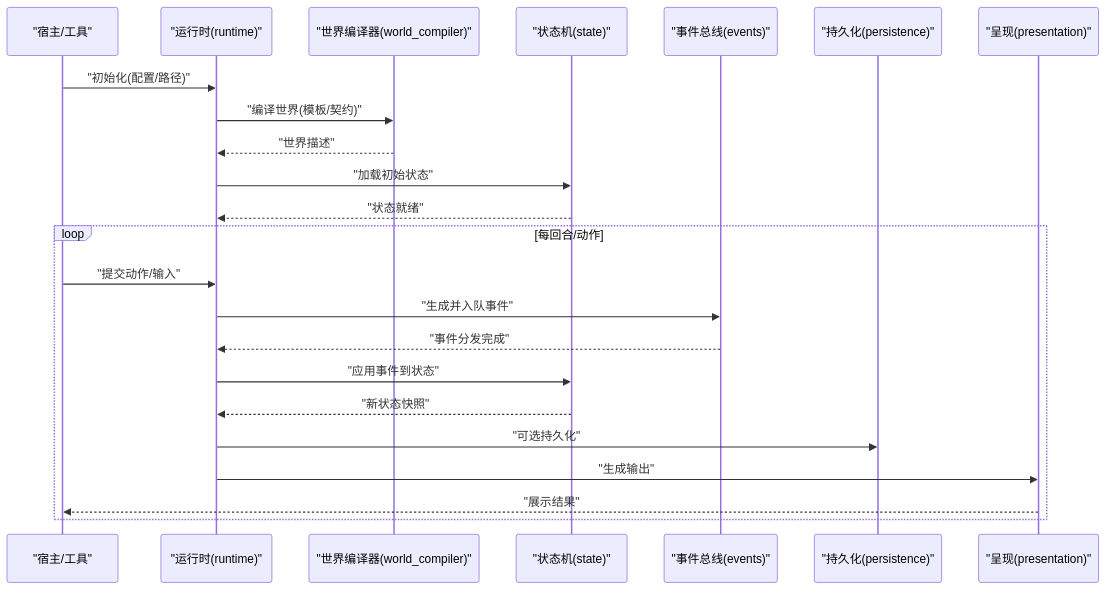
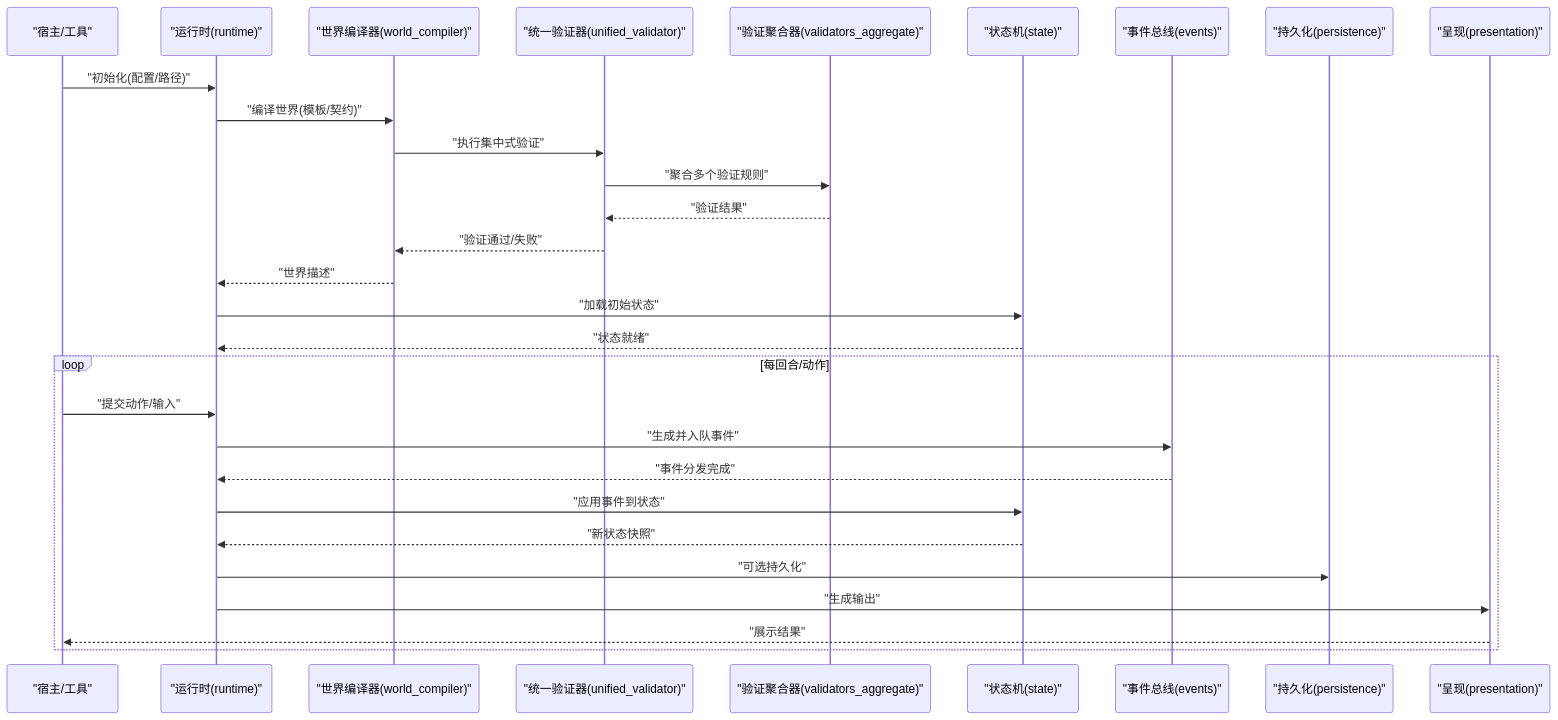
Before and after one commit to Ivandanslespace/thegreatnovel: the second of 6 diagrams in .qoder/repowiki/zh/content/运行时系统/运行时系统.md, drawn with Mermaid. The commit also changed other lines of this file and 55 other files, not shown here.

````diff
--- a/.qoder/repowiki/zh/content/运行时系统/运行时系统.md
+++ b/.qoder/repowiki/zh/content/运行时系统/运行时系统.md
@@ -178,25 +203,31 @@
 ```mermaid
 sequenceDiagram
 participant Host as "宿主/工具"
 participant RT as "运行时(runtime)"
 participant WC as "世界编译器(world_compiler)"
+participant UV as "统一验证器(unified_validator)"
+participant VA as "验证聚合器(validators_aggregate)"
 participant ST as "状态机(state)"
 participant EV as "事件总线(events)"
 participant PS as "持久化(persistence)"
 participant PRE as "呈现(presentation)"
 Host->>RT : "初始化(配置/路径)"
 RT->>WC : "编译世界(模板/契约)"
+WC->>UV : "执行集中式验证"
+UV->>VA : "聚合多个验证规则"
+VA-->>UV : "验证结果"
+UV-->>WC : "验证通过/失败"
 WC-->>RT : "世界描述"
 RT->>ST : "加载初始状态"
 ST-->>RT : "状态就绪"
 loop 每回合/动作
 Host->>RT : "提交动作/输入"
 RT->>EV : "生成并入队事件"
 EV-->>RT : "事件分发完成"
 RT->>ST : "应用事件到状态"
 ST-->>RT : "新状态快照"
 RT->>PS : "可选持久化"
 RT->>PRE : "生成输出"
 PRE-->>Host : "展示结果"
 end
 ```
````
